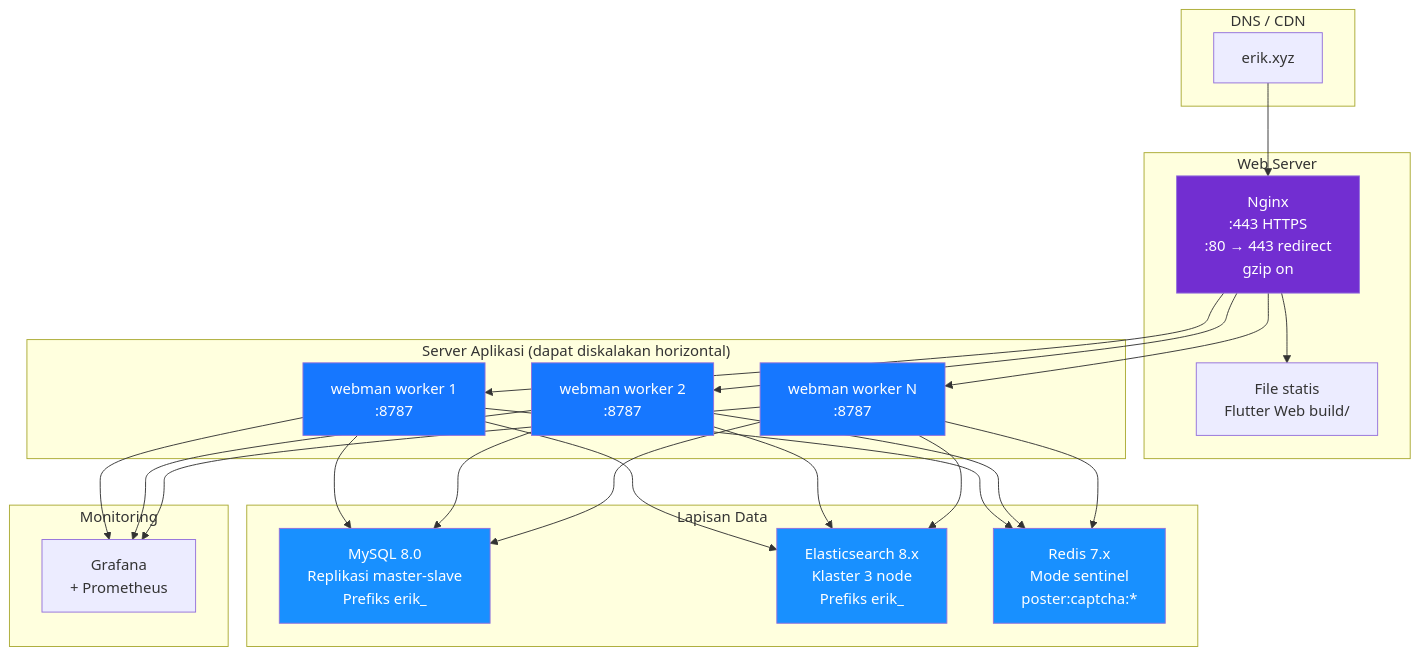
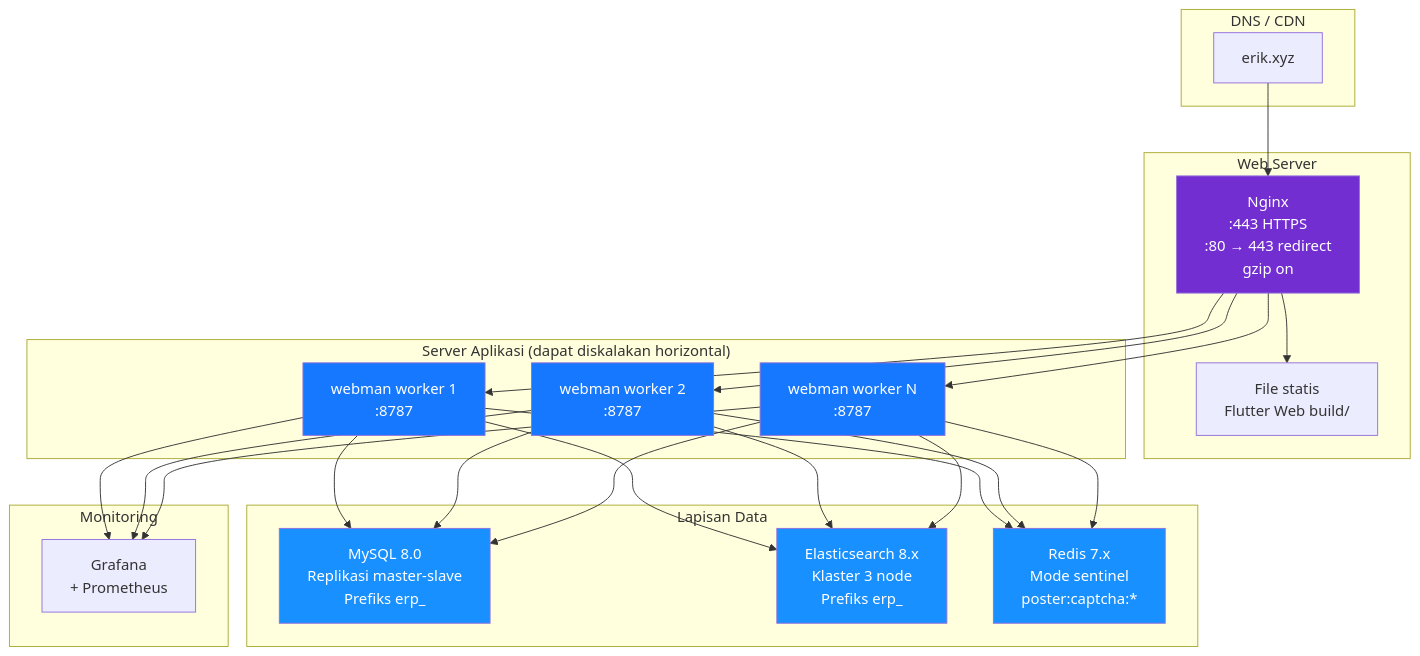
Diagram 14 of 20 in docs/i18n/id/ARCHITECTURE.md (erikwang2013/erp-php), drawn with Mermaid before and after one commit. The commit also changed other lines of this file and 449 other files, not shown here.

First line of the commit message:
全局命名统一：数据库 erp、表前缀 erp_、Redis 前缀 erp:（原 erik_/open_admin）

````diff
--- a/docs/i18n/id/ARCHITECTURE.md
+++ b/docs/i18n/id/ARCHITECTURE.md
@@ -661,43 +661,43 @@
 ```mermaid
 flowchart TB
     subgraph "DNS / CDN"
         DNS["erik.xyz"]
     end
 
     subgraph "Web Server"
         NGX["Nginx<br/>:443 HTTPS<br/>:80 → 443 redirect<br/>gzip on"]
         STA["File statis<br/>Flutter Web build/"]
     end
 
     subgraph "Server Aplikasi (dapat diskalakan horizontal)"
         WM1["webman worker 1<br/>:8787"]
         WM2["webman worker 2<br/>:8787"]
         WM3["webman worker N<br/>:8787"]
     end
 
     subgraph "Lapisan Data"
-        MYSQL["MySQL 8.0<br/>Replikasi master-slave<br/>Prefiks erik_"]
-        ES["Elasticsearch 8.x<br/>Klaster 3 node<br/>Prefiks erik_"]
+        MYSQL["MySQL 8.0<br/>Replikasi master-slave<br/>Prefiks erp_"]
+        ES["Elasticsearch 8.x<br/>Klaster 3 node<br/>Prefiks erp_"]
         REDIS["Redis 7.x<br/>Mode sentinel<br/>poster:captcha:*"]
     end
 
     subgraph "Monitoring"
         MON["Grafana<br/>+ Prometheus"]
     end
 
     DNS --> NGX
     NGX --> STA
     NGX --> WM1 & WM2 & WM3
     WM1 & WM2 & WM3 --> MYSQL
     WM1 & WM2 & WM3 --> ES
     WM1 & WM2 & WM3 --> REDIS
     WM1 & WM2 & WM3 --> MON
 
     style NGX fill:#722ED1,color:#fff
     style WM1 fill:#1677FF,color:#fff
     style WM2 fill:#1677FF,color:#fff
     style WM3 fill:#1677FF,color:#fff
     style MYSQL fill:#1890FF,color:#fff
     style ES fill:#1890FF,color:#fff
     style REDIS fill:#1890FF,color:#fff
 ```
````
